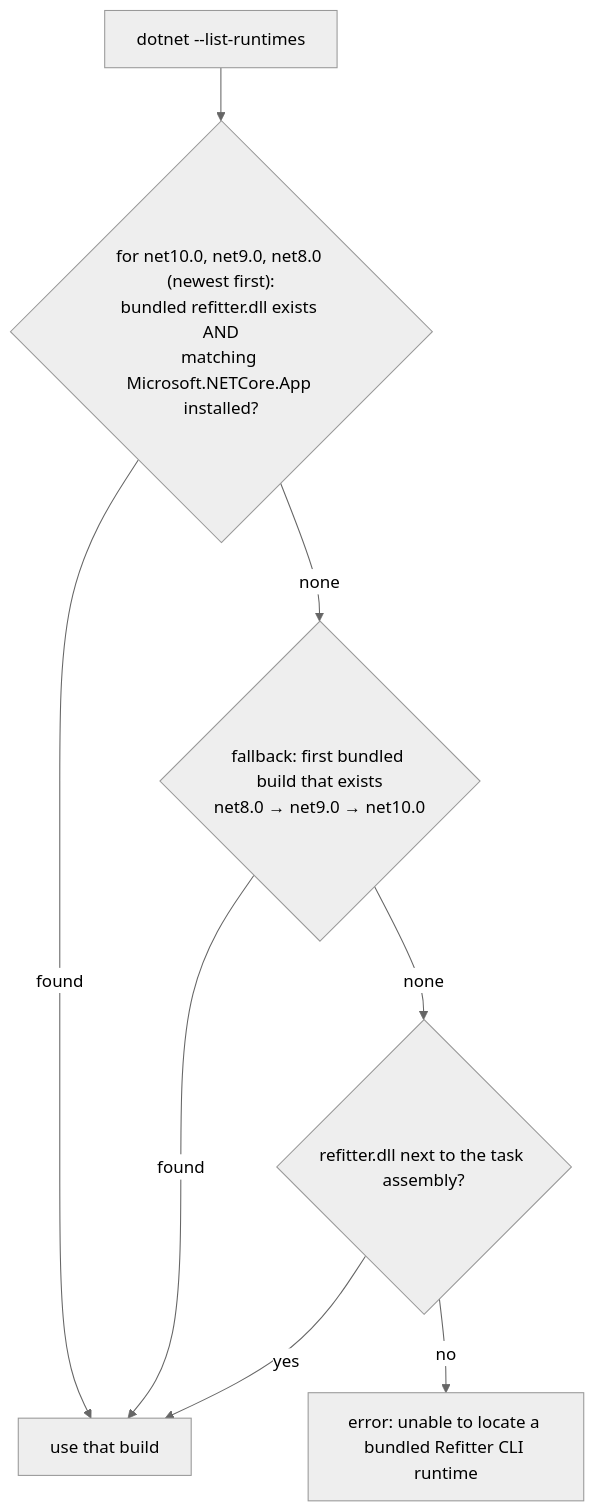
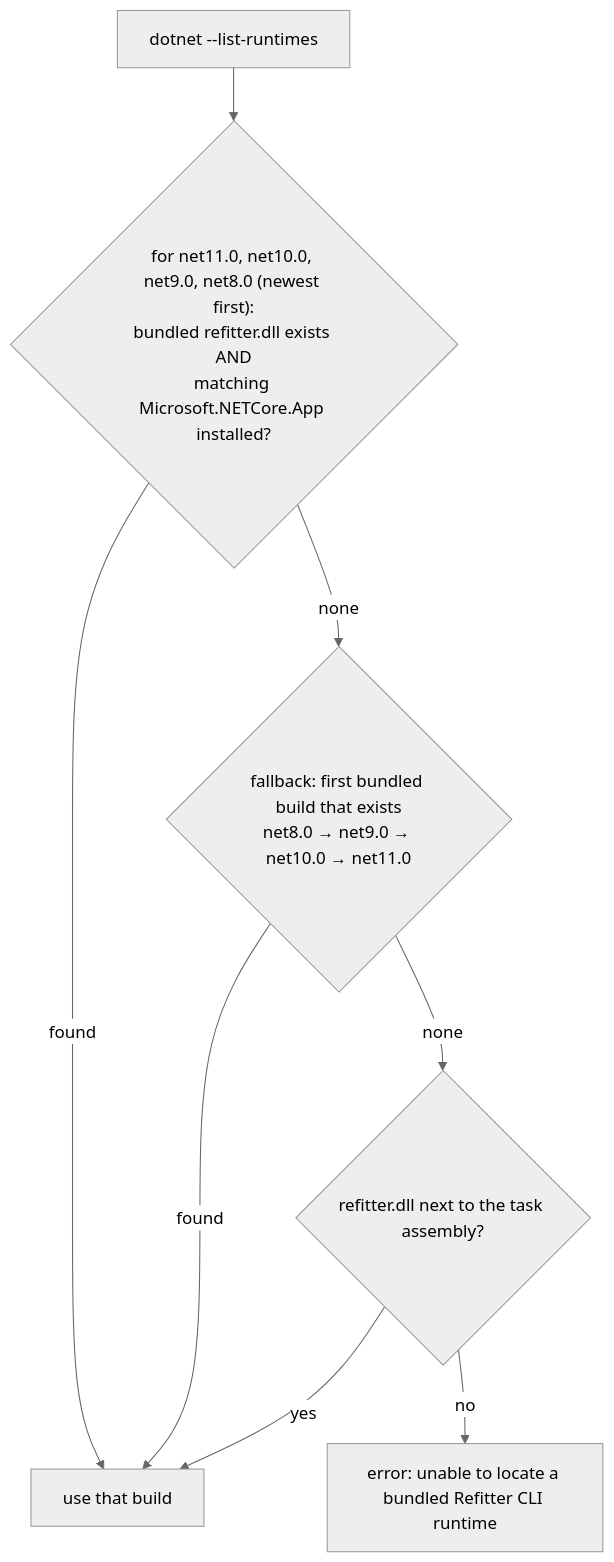
One commit to christianhelle/refitter changed the fourth of 4 diagrams in docs/docfx_project/articles/technical/msbuild-internals.md. Above: the diagram before and after it, drawn with Mermaid (neutral theme). The commit also changed other lines of this file and 4 other files, not shown here.

````diff
--- a/docs/docfx_project/articles/technical/msbuild-internals.md
+++ b/docs/docfx_project/articles/technical/msbuild-internals.md
@@ -93,10 +94,10 @@
 ```mermaid
 flowchart TD
-    S["dotnet --list-runtimes"] --> L{"for net10.0, net9.0, net8.0 (newest first):<br/>bundled refitter.dll exists AND<br/>matching Microsoft.NETCore.App installed?"}
+    S["dotnet --list-runtimes"] --> L{"for net11.0, net10.0, net9.0, net8.0 (newest first):<br/>bundled refitter.dll exists AND<br/>matching Microsoft.NETCore.App installed?"}
     L -- "found" --> USE["use that build"]
-    L -- "none" --> FB{"fallback: first bundled build that exists<br/>net8.0 → net9.0 → net10.0"}
+    L -- "none" --> FB{"fallback: first bundled build that exists<br/>net8.0 → net9.0 → net10.0 → net11.0"}
     FB -- "found" --> USE
     FB -- "none" --> CO{"refitter.dll next to the task assembly?"}
     CO -- yes --> USE
     CO -- no --> ERR["error: unable to locate a bundled Refitter CLI runtime"]
 ```
````
